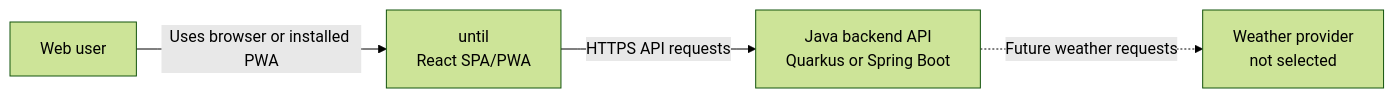
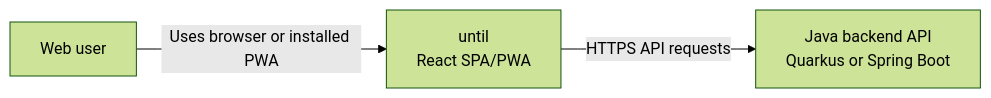
The diagram in backlog/docs/architecture/context.mmd (emidiomorgia/until), drawn with Mermaid (forest theme) before and after one commit. The commit also changed 8 other files, not shown here.

Commit message:
Update architecture and documentation to reflect deadline management focus

```diff
--- a/backlog/docs/architecture/context.mmd
+++ b/backlog/docs/architecture/context.mmd
@@ -1,9 +1,7 @@
 flowchart LR
     User[Web user]
     Until[until\nReact SPA/PWA]
     Backend[Java backend API\nQuarkus or Spring Boot]
-    Provider[Weather provider\nnot selected]
 
     User -->|Uses browser or installed PWA| Until
     Until -->|HTTPS API requests| Backend
-    Backend -.->|Future weather requests| Provider
```
